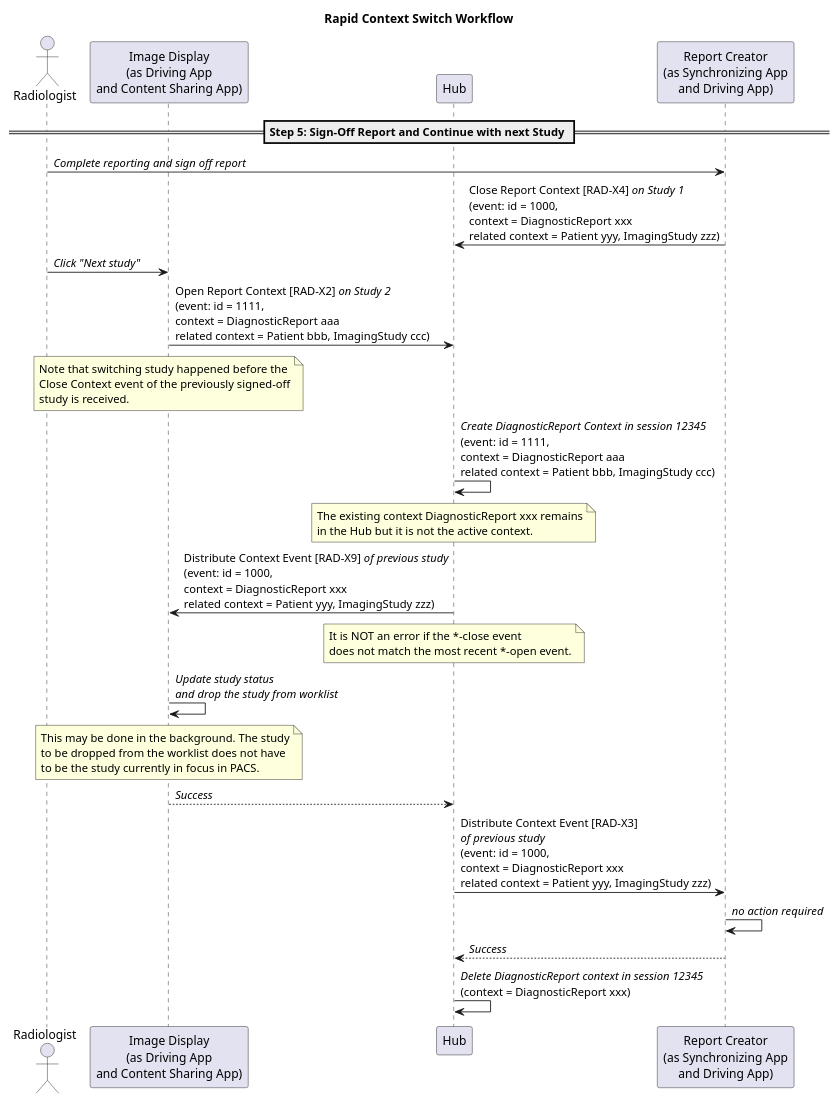
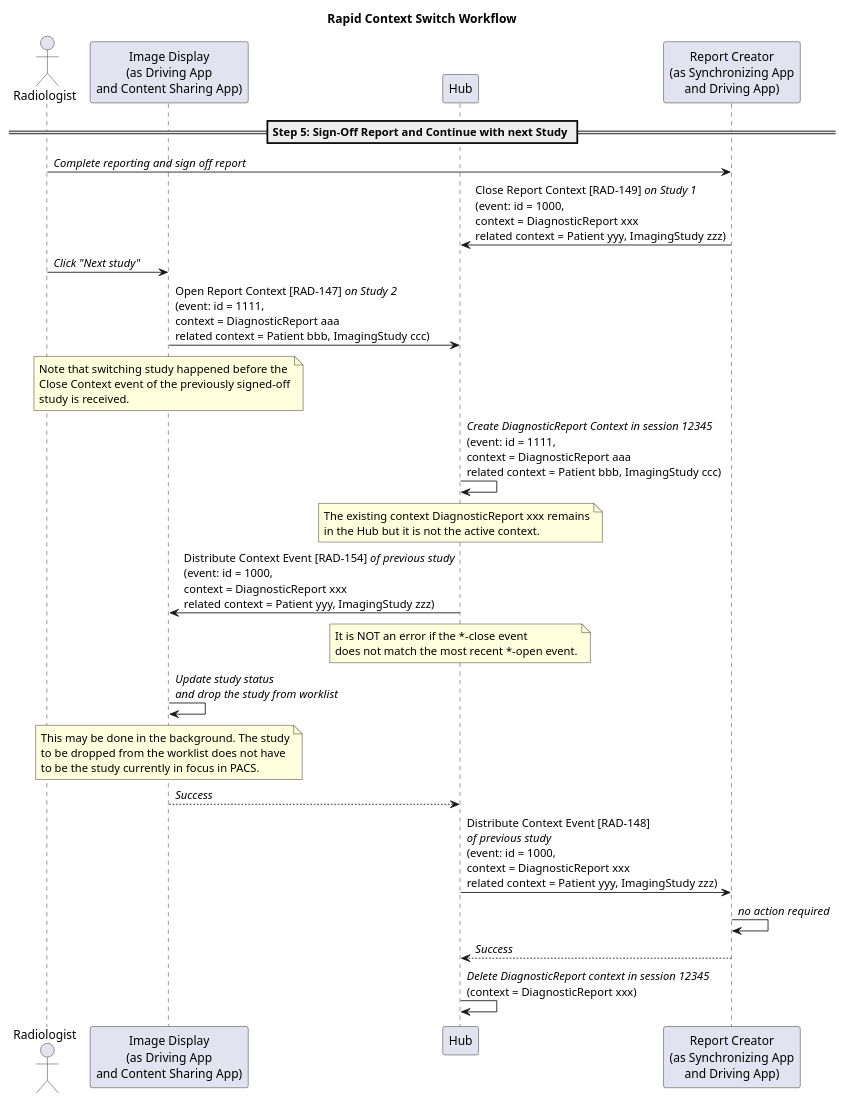
Before and after one commit to IHE/RAD.IRA: the diagram in input/images-source/rapid_switch_context.plantuml, drawn with PlantUML. The commit also changed 44 other files, not shown here.

```diff
--- a/input/images-source/rapid_switch_context.plantuml
+++ b/input/images-source/rapid_switch_context.plantuml
@@ -1,50 +1,50 @@
 @startuml rapid_switch_context
 
 title Rapid Context Switch Workflow
 
 actor Radiologist as User
 participant "Image Display\n(as Driving App\nand Content Sharing App)" as PACS
 participant "Hub" as Hub
 participant "Report Creator\n(as Synchronizing App\nand Driving App)" as Report
 
 == Step 5: Sign-Off Report and Continue with next Study ==
 
 User->Report: //Complete reporting and sign off report//
-Report->Hub: Close Report Context [RAD-X4] //on Study 1//\n(event: id = 1000,\ncontext = DiagnosticReport xxx\nrelated context = Patient yyy, ImagingStudy zzz)
+Report->Hub: Close Report Context [RAD-149] //on Study 1//\n(event: id = 1000,\ncontext = DiagnosticReport xxx\nrelated context = Patient yyy, ImagingStudy zzz)
 
 User->PACS: //Click "Next study"//
-PACS->Hub: Open Report Context [RAD-X2] //on Study 2//\n(event: id = 1111,\ncontext = DiagnosticReport aaa\nrelated context = Patient bbb, ImagingStudy ccc)
+PACS->Hub: Open Report Context [RAD-147] //on Study 2//\n(event: id = 1111,\ncontext = DiagnosticReport aaa\nrelated context = Patient bbb, ImagingStudy ccc)
 note over PACS
 Note that switching study happened before the
 Close Context event of the previously signed-off
 study is received.
 end note
 
 Hub->Hub: //Create DiagnosticReport Context in session 12345//\n(event: id = 1111,\ncontext = DiagnosticReport aaa\nrelated context = Patient bbb, ImagingStudy ccc)
 note over Hub
 The existing context DiagnosticReport xxx remains
 in the Hub but it is not the active context.
 end note
 
-Hub->PACS: Distribute Context Event [RAD-X9] //of previous study//\n(event: id = 1000,\ncontext = DiagnosticReport xxx\nrelated context = Patient yyy, ImagingStudy zzz)
+Hub->PACS: Distribute Context Event [RAD-154] //of previous study//\n(event: id = 1000,\ncontext = DiagnosticReport xxx\nrelated context = Patient yyy, ImagingStudy zzz)
 note over Hub
 It is NOT an error if the *-close event
 does not match the most recent *-open event.
 end note
 
 PACS->PACS: //Update study status//\n//and drop the study from worklist//
 note over PACS
 This may be done in the background. The study
 to be dropped from the worklist does not have
 to be the study currently in focus in PACS.
 end note
 
 PACS-->Hub: //Success//
 
-Hub->Report: Distribute Context Event [RAD-X3]\n//of previous study//\n(event: id = 1000,\ncontext = DiagnosticReport xxx\nrelated context = Patient yyy, ImagingStudy zzz)
+Hub->Report: Distribute Context Event [RAD-148]\n//of previous study//\n(event: id = 1000,\ncontext = DiagnosticReport xxx\nrelated context = Patient yyy, ImagingStudy zzz)
 Report->Report: //no action required//
 Report-->Hub: //Success//
 
 Hub->Hub: //Delete DiagnosticReport context in session 12345//\n(context = DiagnosticReport xxx)
 
 @enduml
```
